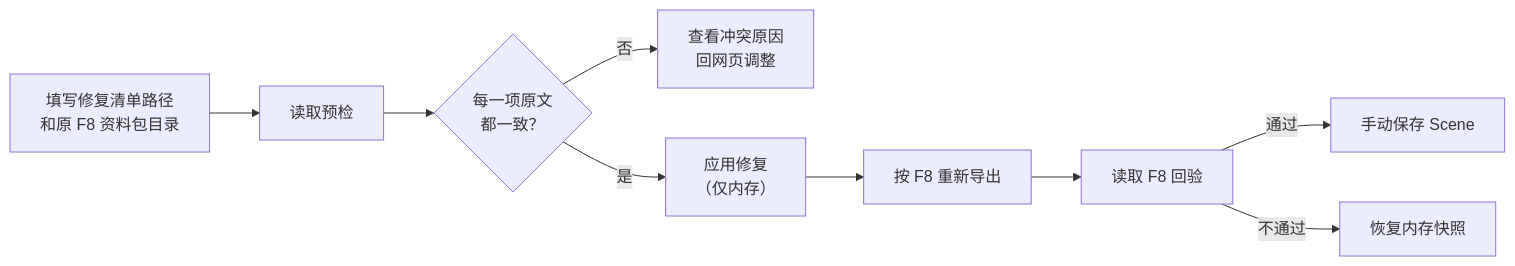
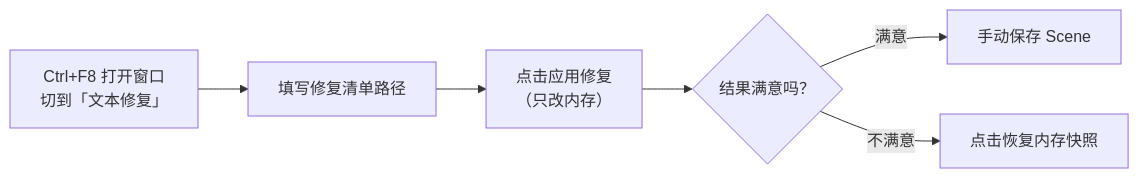
Before and after one commit to invatespec/EmotionCreators-plugins: the second of 2 diagrams in EC_SceneAudit/Readme-claude-opus-5.5.md, drawn with Mermaid. The commit also changed other lines of this file and 45 other files, not shown here.

````diff
--- a/EC_SceneAudit/Readme-claude-opus-5.5.md
+++ b/EC_SceneAudit/Readme-claude-opus-5.5.md
@@ -113,11 +110,8 @@
 ```mermaid
 flowchart LR
-    A["填写修复清单路径<br/>和原 F8 资料包目录"] --> B["读取预检"]
-    B --> C{"每一项原文<br/>都一致？"}
-    C -->|否| D["查看冲突原因<br/>回网页调整"]
-    C -->|是| E["应用修复<br/>（仅内存）"]
-    E --> F["按 F8 重新导出"]
-    F --> G["读取 F8 回验"]
-    G -->|通过| H["手动保存 Scene"]
-    G -->|不通过| I["恢复内存快照"]
+    A["Ctrl+F8 打开窗口<br/>切到「文本修复」"] --> B["填写修复清单路径"]
+    B --> C["点击应用修复<br/>（只改内存）"]
+    C --> D{"结果满意吗？"}
+    D -->|满意| E["手动保存 Scene"]
+    D -->|不满意| F["点击恢复内存快照"]
 ```
````
